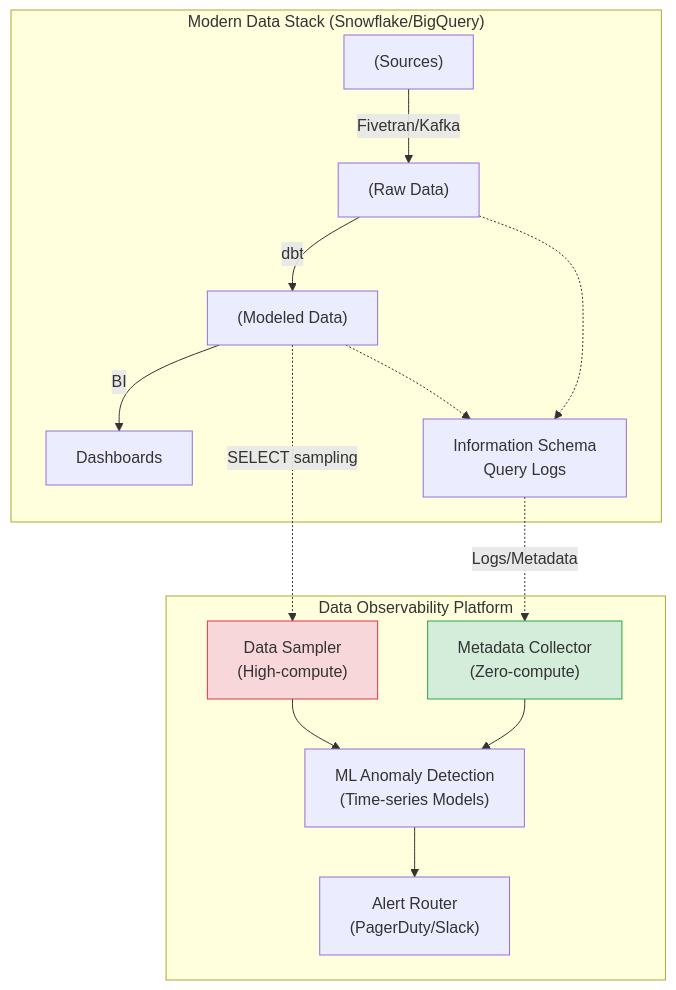
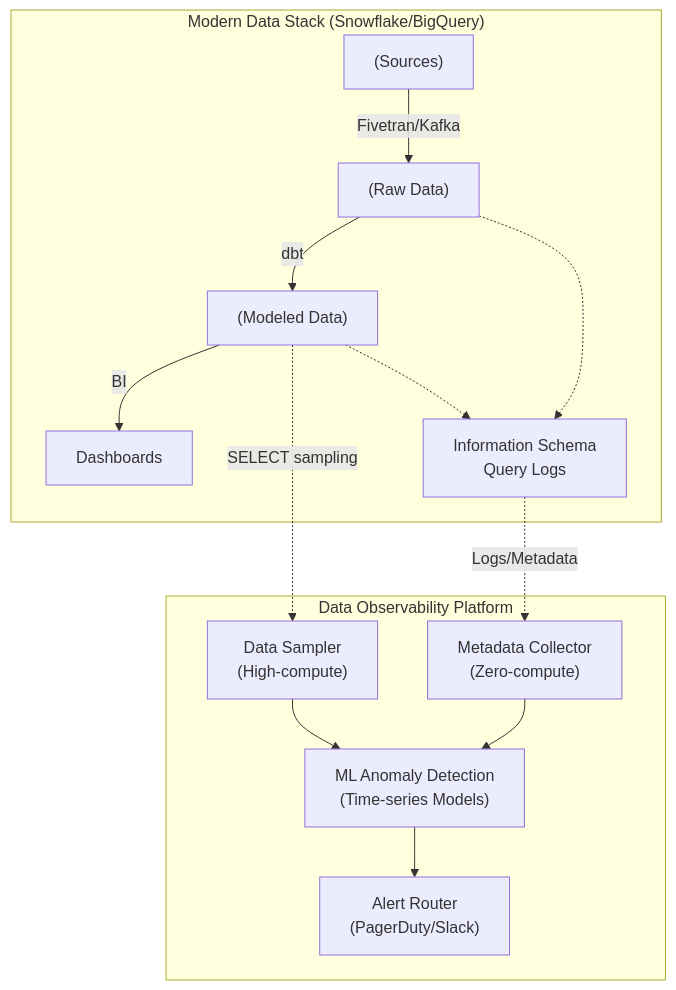
Before and after one commit to kythuatdulieu/kythuatdulieu.github.io: the diagram in src/content/docs/concepts/7-dataops-orchestration-quality/data-observability.md, drawn with Mermaid. The commit also changed 682 other files, not shown here.

````diff
--- a/src/content/docs/concepts/7-dataops-orchestration-quality/data-observability.md
+++ b/src/content/docs/concepts/7-dataops-orchestration-quality/data-observability.md
@@ -35,30 +35,29 @@
 ```mermaid
 graph TD
     subgraph Data_Platform["Modern Data Stack (Snowflake/BigQuery)"]
         A["(Sources)"] -->|Fivetran/Kafka| B["(Raw Data)"]
         B -->|dbt| C["(Modeled Data)"]
         C -->|BI| D["Dashboards"]
         
         IS["Information Schema<br/>Query Logs"]
     end
 
     subgraph Observability_Engine["Data Observability Platform"]
         M["Metadata Collector<br/>(Zero-compute)"]
         D_Scan["Data Sampler<br/>(High-compute)"]
         
         ML["ML Anomaly Detection<br/>(Time-series Models)"]
         AL["Alert Router<br/>(PagerDuty/Slack)"]
         
         M --> ML
         D_Scan --> ML
         ML --> AL
     end
     
     B -.-> IS
     C -.-> IS
     IS -.->|Logs/Metadata| M
     C -.->|SELECT sampling| D_Scan
-    
-    style M fill:#d4edda,stroke:#28a745
-    style D_Scan fill:#f8d7da,stroke:#dc3545
+
+
 ```
````
